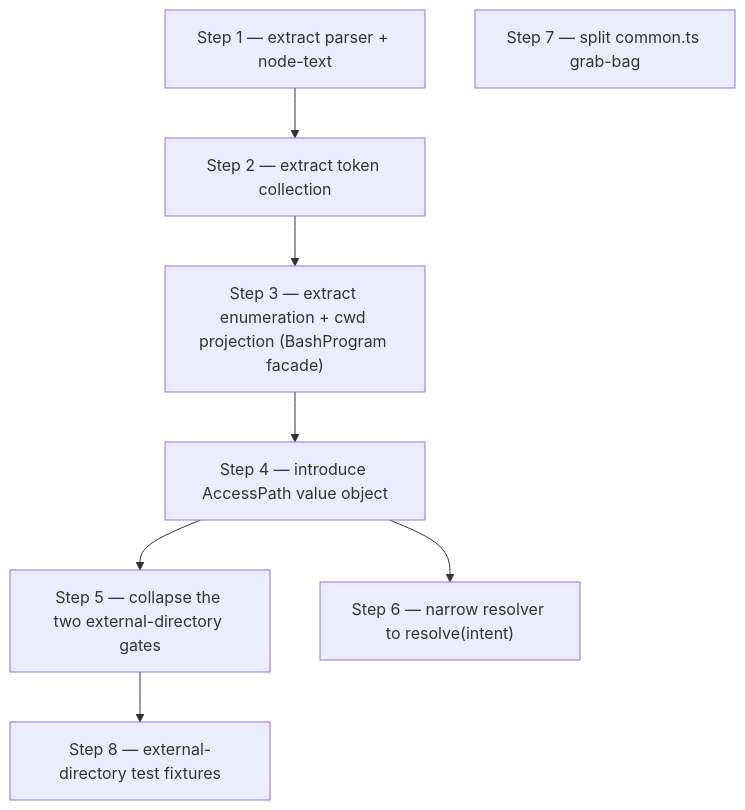
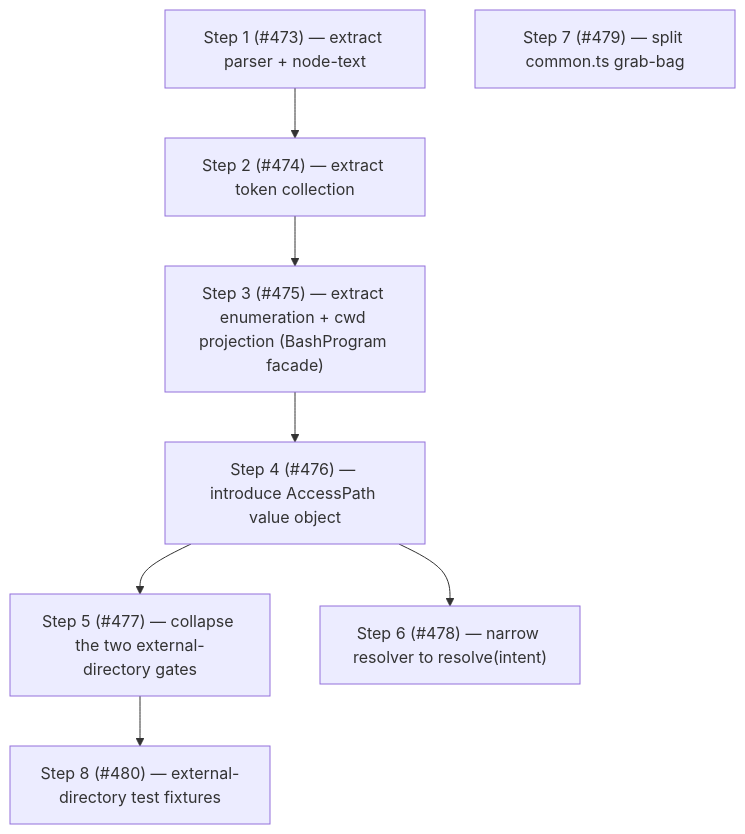
Before and after one commit to whaoa/forked-gotgenes-pi-packages: the fourth of 4 diagrams in packages/pi-permission-system/docs/architecture/architecture.md, drawn with Mermaid. The commit also changed other lines of this file, not shown here.

Commit message:
docs(pi-permission-system): link Phase 6 roadmap steps to issues #473-#480

````diff
--- a/packages/pi-permission-system/docs/architecture/architecture.md
+++ b/packages/pi-permission-system/docs/architecture/architecture.md
@@ -882,17 +882,17 @@
 ```mermaid
 flowchart TD
-    S1["Step 1 — extract parser + node-text"]
-    S2["Step 2 — extract token collection"]
-    S3["Step 3 — extract enumeration + cwd projection (BashProgram facade)"]
-    S4["Step 4 — introduce AccessPath value object"]
-    S5["Step 5 — collapse the two external-directory gates"]
-    S6["Step 6 — narrow resolver to resolve(intent)"]
-    S7["Step 7 — split common.ts grab-bag"]
-    S8["Step 8 — external-directory test fixtures"]
+    S1["Step 1 (#473) — extract parser + node-text"]
+    S2["Step 2 (#474) — extract token collection"]
+    S3["Step 3 (#475) — extract enumeration + cwd projection (BashProgram facade)"]
+    S4["Step 4 (#476) — introduce AccessPath value object"]
+    S5["Step 5 (#477) — collapse the two external-directory gates"]
+    S6["Step 6 (#478) — narrow resolver to resolve(intent)"]
+    S7["Step 7 (#479) — split common.ts grab-bag"]
+    S8["Step 8 (#480) — external-directory test fixtures"]
 
     S1 --> S2 --> S3
     S3 --> S4
     S4 --> S5
     S4 --> S6
     S5 --> S8
 ```
````
